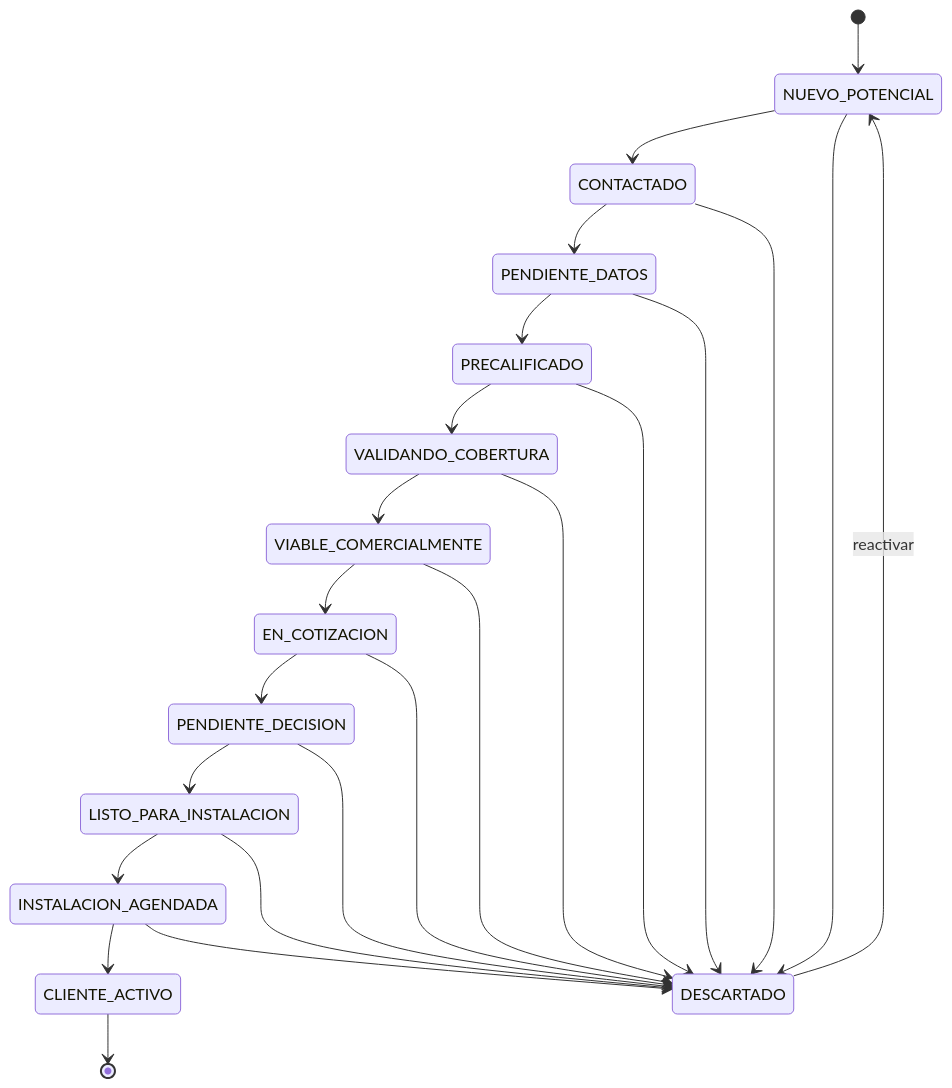
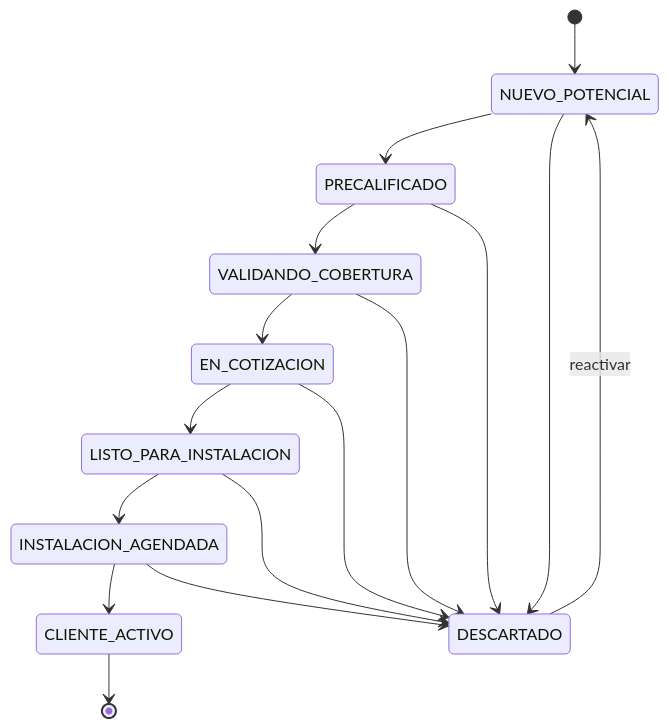
Before and after one commit to Sleybc/iWana-neXt: the second of 2 diagrams in docs/hlds/HLD-MOD05-ARQUITECTURA-v2.0.md, drawn with Mermaid. The commit also changed other lines of this file and 135 other files, not shown here.

````diff
--- a/docs/hlds/HLD-MOD05-ARQUITECTURA-v2.0.md
+++ b/docs/hlds/HLD-MOD05-ARQUITECTURA-v2.0.md
@@ -380,28 +400,20 @@
 ```mermaid
 stateDiagram-v2
     [*] --> NUEVO_POTENCIAL
-    NUEVO_POTENCIAL --> CONTACTADO
-    CONTACTADO --> PENDIENTE_DATOS
-    PENDIENTE_DATOS --> PRECALIFICADO
+    NUEVO_POTENCIAL --> PRECALIFICADO
     PRECALIFICADO --> VALIDANDO_COBERTURA
-    VALIDANDO_COBERTURA --> VIABLE_COMERCIALMENTE
-    VIABLE_COMERCIALMENTE --> EN_COTIZACION
-    EN_COTIZACION --> PENDIENTE_DECISION
-    PENDIENTE_DECISION --> LISTO_PARA_INSTALACION
+    VALIDANDO_COBERTURA --> EN_COTIZACION
+    EN_COTIZACION --> LISTO_PARA_INSTALACION
     LISTO_PARA_INSTALACION --> INSTALACION_AGENDADA
     INSTALACION_AGENDADA --> CLIENTE_ACTIVO
     CLIENTE_ACTIVO --> [*]
 
     NUEVO_POTENCIAL --> DESCARTADO
-    CONTACTADO --> DESCARTADO
-    PENDIENTE_DATOS --> DESCARTADO
     PRECALIFICADO --> DESCARTADO
     VALIDANDO_COBERTURA --> DESCARTADO
-    VIABLE_COMERCIALMENTE --> DESCARTADO
     EN_COTIZACION --> DESCARTADO
-    PENDIENTE_DECISION --> DESCARTADO
     LISTO_PARA_INSTALACION --> DESCARTADO
     INSTALACION_AGENDADA --> DESCARTADO
 
     DESCARTADO --> NUEVO_POTENCIAL: reactivar
 ```
````
